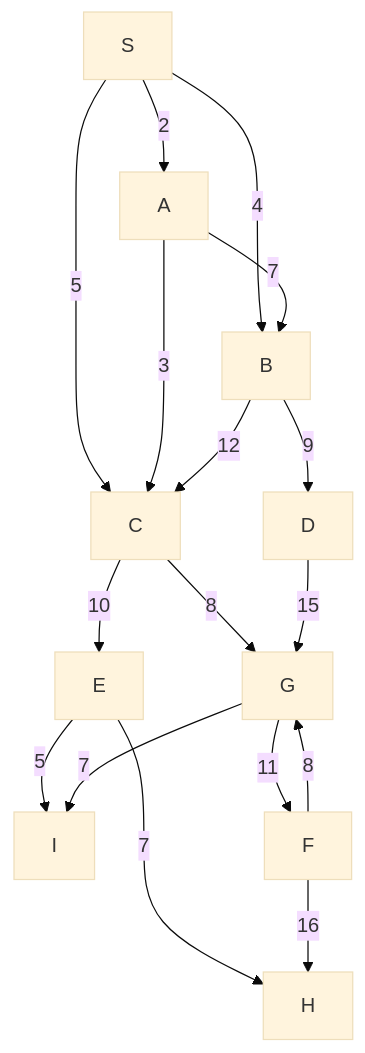
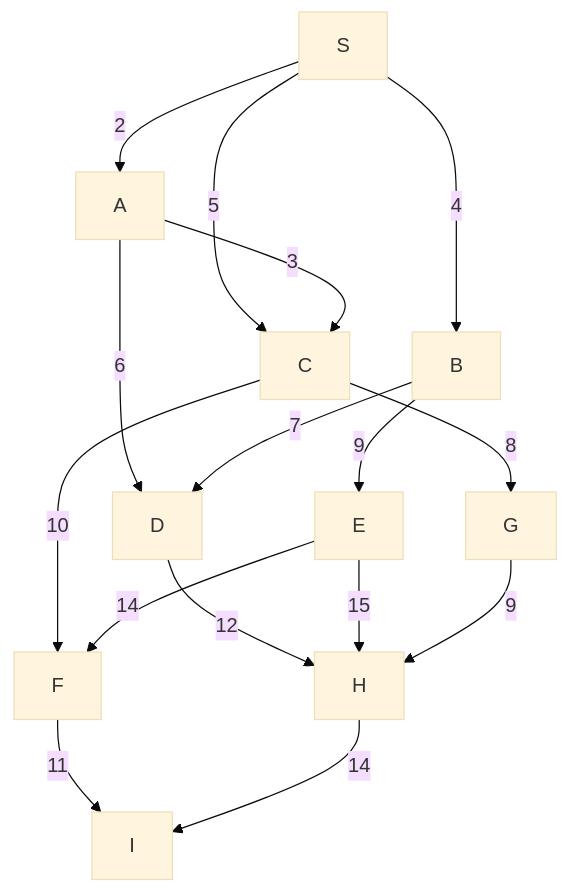
Before and after one commit to trdphatphattran/NhapMonTriTueNhanTao: the fourth of 4 diagrams in Lab1/README.md, drawn with Mermaid (base theme).

````diff
--- a/Lab1/README.md
+++ b/Lab1/README.md
@@ -559,19 +559,18 @@
 ```mermaid
 graph TD
     S --> |2| A
     S --> |4| B
     S --> |5| C
     A --> |3| C
-    A --> |7| B
-    B --> |9| D
-    B --> |12| C
-    C --> |10| E
+    A --> |6| D
+    B --> |7| D
+    B --> |9| E
+    C --> |10| F
     C --> |8| G
-    D --> |15| G
-    E --> |7| H
-    E --> |5| I
-    F --> |8| G
-    F --> |16| H
-    G --> |11| F
-    G --> |7| I
+    D --> |12| H
+    E --> |14| F
+    E --> |15| H
+    F --> |11| I
+    G --> |9| H
+    H --> |14| I
 ```
````
